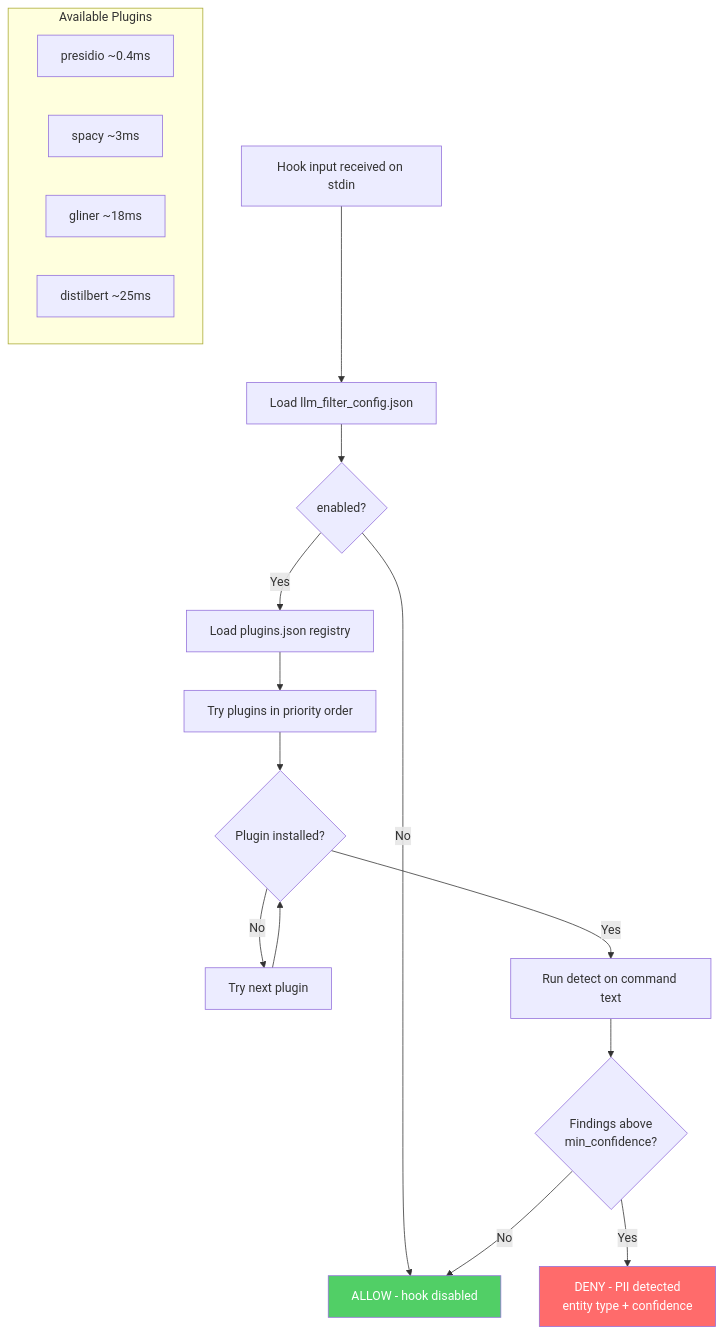
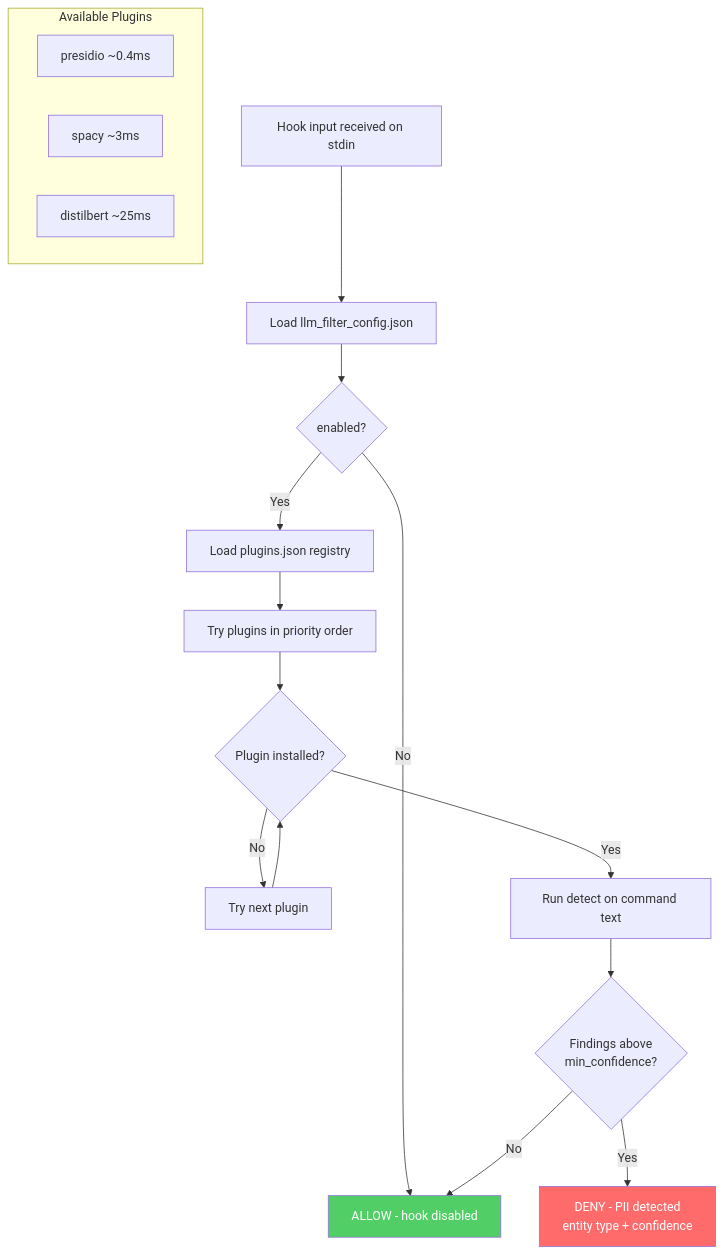
Before and after one commit to pipopoplin/hook-hole: the third of 3 diagrams in docs/sequence-diagram.md, drawn with Mermaid. The commit also changed 9 other files, not shown here.

````diff
--- a/docs/sequence-diagram.md
+++ b/docs/sequence-diagram.md
@@ -89,26 +89,25 @@
 ```mermaid
 flowchart TD
     A[Hook input received on stdin] --> B[Load llm_filter_config.json]
     B --> C{enabled?}
     C -->|No| D[ALLOW - hook disabled]
     C -->|Yes| E[Load plugins.json registry]
     E --> F[Try plugins in priority order]
 
     F --> G{Plugin installed?}
     G -->|No| H[Try next plugin]
     H --> G
     G -->|Yes| I[Run detect on command text]
     I --> K{Findings above<br/>min_confidence?}
     K -->|No| D
     K -->|Yes| L[DENY - PII detected<br/>entity type + confidence]
 
     style D fill:#51cf66,color:#fff
     style L fill:#ff6b6b,color:#fff
 
     subgraph Available Plugins
         P1[presidio ~0.4ms]
         P2[spacy ~3ms]
-        P3[gliner ~18ms]
-        P4[distilbert ~25ms]
+        P3[distilbert ~25ms]
     end
 ```
````
